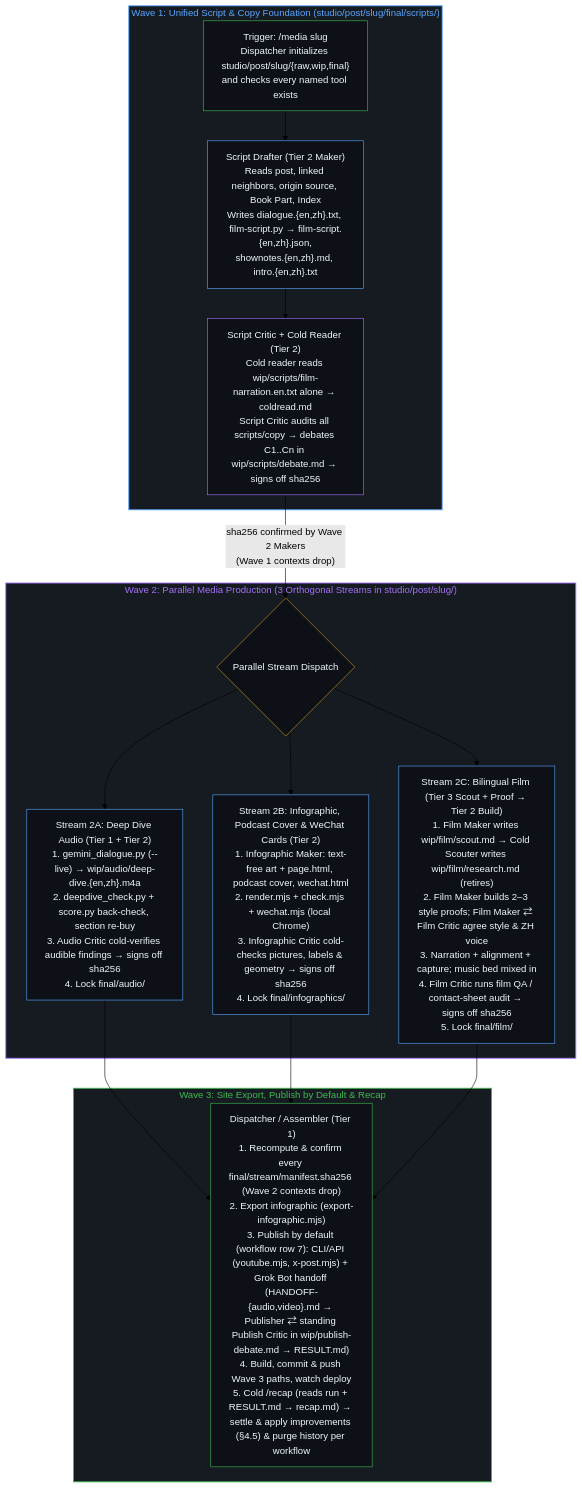
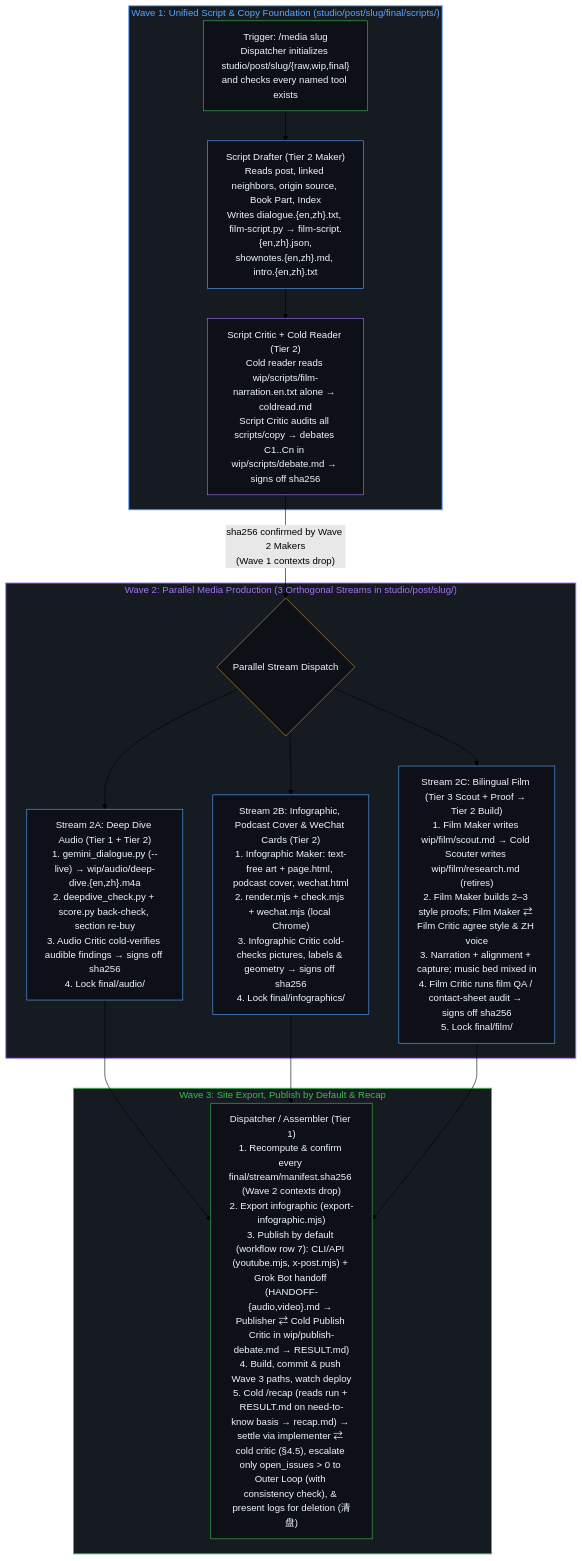
Before and after one commit to powerpig99/not-a-toe: the fourth of 4 diagrams in docs/wave-refinement-plan.md, drawn with Mermaid (forest theme). The commit also changed other lines of this file and 13 other files, not shown here.

Commit message:
Recap /media under 883026a3: Grok Bot idle-pool retirement/reuse and O(1) media status returns

````diff
--- a/docs/wave-refinement-plan.md
+++ b/docs/wave-refinement-plan.md
@@ -608,33 +608,33 @@
 ```mermaid
 flowchart TD
     subgraph S_Wave1["Wave 1: Unified Script & Copy Foundation (studio/post/slug/final/scripts/)"]
         M0["Trigger: /media slug<br/>Dispatcher initializes studio/post/slug/{raw,wip,final}<br/>and checks every named tool exists"] --> SD["Script Drafter (Tier 2 Maker)<br/>Reads post, linked neighbors, origin source, Book Part, Index<br/>Writes dialogue.{en,zh}.txt, film-script.py → film-script.{en,zh}.json,<br/>shownotes.{en,zh}.md, intro.{en,zh}.txt"]
         SD --> SC["Script Critic + Cold Reader (Tier 2)<br/>Cold reader reads wip/scripts/film-narration.en.txt alone → coldread.md<br/>Script Critic audits all scripts/copy → debates C1..Cn in wip/scripts/debate.md → signs off sha256"]
     end
 
     subgraph S_Wave2["Wave 2: Parallel Media Production (3 Orthogonal Streams in studio/post/slug/)"]
         SC -->|"sha256 confirmed by Wave 2 Makers<br/>(Wave 1 contexts drop)"| Fork{"Parallel Stream Dispatch"}
 
         Fork --> AB["Stream 2A: Deep Dive Audio (Tier 1 + Tier 2)<br/>1. gemini_dialogue.py (--live) → wip/audio/deep-dive.{en,zh}.m4a<br/>2. deepdive_check.py + score.py back-check, section re-buy<br/>3. Audio Critic cold-verifies audible findings → signs off sha256<br/>4. Lock final/audio/"]
 
         Fork --> IB["Stream 2B: Infographic, Podcast Cover & WeChat Cards (Tier 2)<br/>1. Infographic Maker: text-free art + page.html, podcast cover, wechat.html<br/>2. render.mjs + check.mjs + wechat.mjs (local Chrome)<br/>3. Infographic Critic cold-checks pictures, labels & geometry → signs off sha256<br/>4. Lock final/infographics/"]
 
         Fork --> FB["Stream 2C: Bilingual Film (Tier 3 Scout + Proof → Tier 2 Build)<br/>1. Film Maker writes wip/film/scout.md → Cold Scouter writes wip/film/research.md (retires)<br/>2. Film Maker builds 2–3 style proofs; Film Maker ⇄ Film Critic agree style & ZH voice<br/>3. Narration + alignment + capture; music bed mixed in<br/>4. Film Critic runs film QA / contact-sheet audit → signs off sha256<br/>5. Lock final/film/"]
     end
 
     subgraph S_Wave3["Wave 3: Site Export, Publish by Default & Recap"]
-        AB & IB & FB --> DA["Dispatcher / Assembler (Tier 1)<br/>1. Recompute & confirm every final/stream/manifest.sha256 (Wave 2 contexts drop)<br/>2. Export infographic (export-infographic.mjs)<br/>3. Publish by default (workflow row 7): CLI/API (youtube.mjs, x-post.mjs) + Grok Bot handoff (HANDOFF-{audio,video}.md → Publisher ⇄ standing Publish Critic in wip/publish-debate.md → RESULT.md)<br/>4. Build, commit & push Wave 3 paths, watch deploy<br/>5. Cold /recap (reads run + RESULT.md → recap.md) → settle & apply improvements (§4.5) & purge history per workflow"]
+        AB & IB & FB --> DA["Dispatcher / Assembler (Tier 1)<br/>1. Recompute & confirm every final/stream/manifest.sha256 (Wave 2 contexts drop)<br/>2. Export infographic (export-infographic.mjs)<br/>3. Publish by default (workflow row 7): CLI/API (youtube.mjs, x-post.mjs) + Grok Bot handoff (HANDOFF-{audio,video}.md → Publisher ⇄ Cold Publish Critic in wip/publish-debate.md → RESULT.md)<br/>4. Build, commit & push Wave 3 paths, watch deploy<br/>5. Cold /recap (reads run + RESULT.md on need-to-know basis → recap.md) → settle via implementer ⇄ cold critic (§4.5), escalate only open_issues > 0 to Outer Loop (with consistency check), & present logs for deletion (清盘)"]
     end
 
     style S_Wave1 fill:#161b22,stroke:#58a6ff,stroke-width:1.5px,color:#58a6ff
     style S_Wave2 fill:#161b22,stroke:#a371f7,stroke-width:1.5px,color:#a371f7
     style S_Wave3 fill:#161b22,stroke:#3fb950,stroke-width:1.5px,color:#3fb950
     style M0 fill:#0d1117,stroke:#3fb950,stroke-width:1px,color:#f0f6fc
     style SD fill:#0d1117,stroke:#58a6ff,stroke-width:1px,color:#f0f6fc
     style SC fill:#0d1117,stroke:#a371f7,stroke-width:1px,color:#f0f6fc
     style Fork fill:#0d1117,stroke:#d29922,stroke-width:1px,color:#f0f6fc
     style AB fill:#0d1117,stroke:#58a6ff,stroke-width:1px,color:#f0f6fc
     style IB fill:#0d1117,stroke:#58a6ff,stroke-width:1px,color:#f0f6fc
     style FB fill:#0d1117,stroke:#58a6ff,stroke-width:1px,color:#f0f6fc
     style DA fill:#0d1117,stroke:#3fb950,stroke-width:1px,color:#f0f6fc
 ```
````
